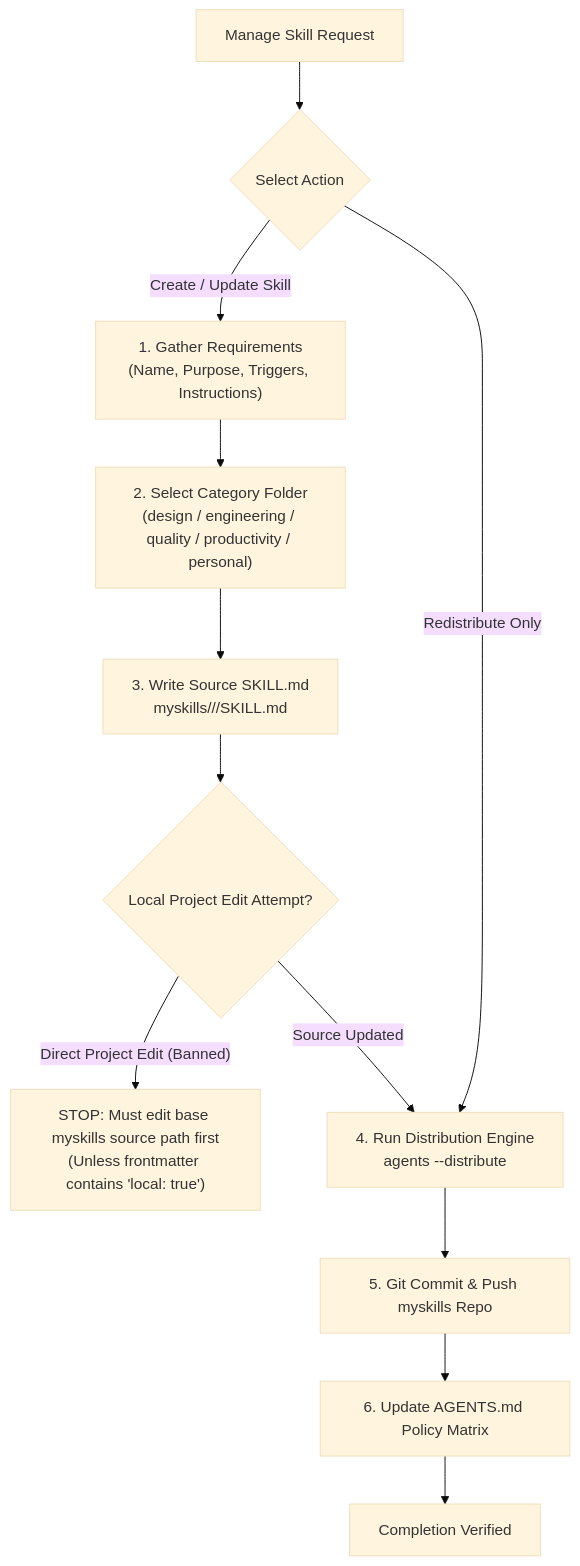
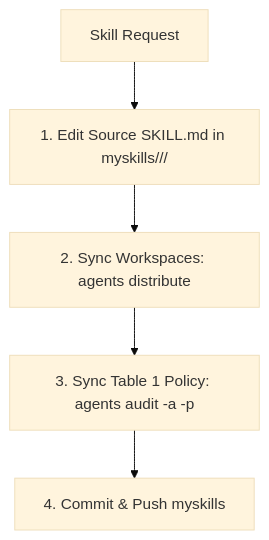
The diagram in productivity/manage-custom-skills/SKILL.md (loerei/myskills), drawn with Mermaid (base theme) before and after one commit. The commit also changed other lines of this file and 101 other files, not shown here.

````diff
--- a/productivity/manage-custom-skills/SKILL.md
+++ b/productivity/manage-custom-skills/SKILL.md
@@ -14,17 +12,7 @@
 ```mermaid
 flowchart TD
-    Start["Manage Skill Request"] --> CheckAction{"Select Action"}
-    
-    CheckAction -->|"Create / Update Skill"| GatherReq["1. Gather Requirements<br/>(Name, Purpose, Triggers, Instructions)"]
-    GatherReq --> PickCat["2. Select Category Folder<br/>(design / engineering / quality / productivity / personal)"]
-    PickCat --> WriteSource["3. Write Source SKILL.md<br/>myskills/<category>/<skill-name>/SKILL.md"]
-    WriteSource --> CheckLocal{"Local Project Edit Attempt?"}
-    CheckLocal -->|"Direct Project Edit (Banned)"| BlockLocal["STOP: Must edit base myskills source path first<br/>(Unless frontmatter contains 'local: true')"]
-    CheckLocal -->|"Source Updated"| Distribute["4. Run Distribution Engine<br/>agents --distribute"]
-    
-    CheckAction -->|"Redistribute Only"| Distribute
-    
-    Distribute --> PushGit["5. Git Commit & Push myskills Repo"]
-    PushGit --> UpdateMatrix["6. Update AGENTS.md Policy Matrix"]
-    UpdateMatrix --> Done["Completion Verified"]
+    Start["Skill Request"] --> Source["1. Edit Source SKILL.md in myskills/<category>/<name>/"]
+    Source --> Distribute["2. Sync Workspaces: agents distribute"]
+    Distribute --> Audit["3. Sync Table 1 Policy: agents audit -a -p"]
+    Audit --> Git["4. Commit & Push myskills"]
 ```
````
